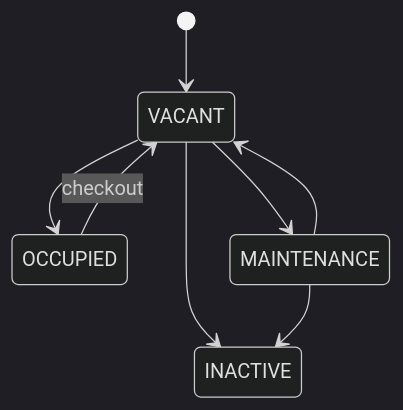
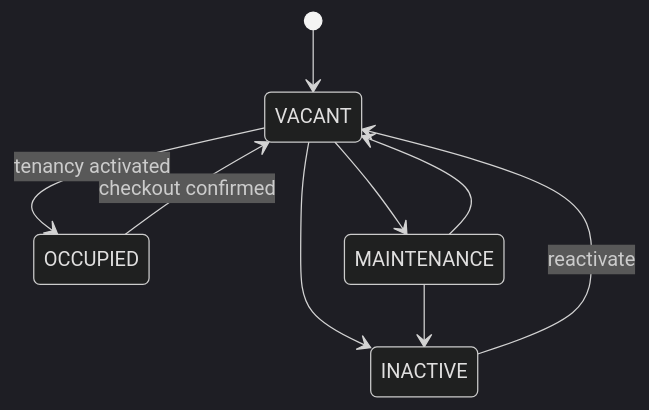
One commit to Danh20100/moibile_app changed the second of 5 diagrams in docs/contexts/product-domain.md. Above: the diagram before and after it, drawn with Mermaid (dark theme). The commit also changed other lines of this file and 9 other files, not shown here.

````diff
--- a/docs/contexts/product-domain.md
+++ b/docs/contexts/product-domain.md
@@ -56,10 +57,11 @@
 ```mermaid
 stateDiagram-v2
     [*] --> VACANT
-    VACANT --> OCCUPIED
+    VACANT --> OCCUPIED: tenancy activated
+    OCCUPIED --> VACANT: checkout confirmed
     VACANT --> MAINTENANCE
+    MAINTENANCE --> VACANT
     VACANT --> INACTIVE
-    MAINTENANCE --> VACANT
     MAINTENANCE --> INACTIVE
-    OCCUPIED --> VACANT: checkout
+    INACTIVE --> VACANT: reactivate
 ```
````
